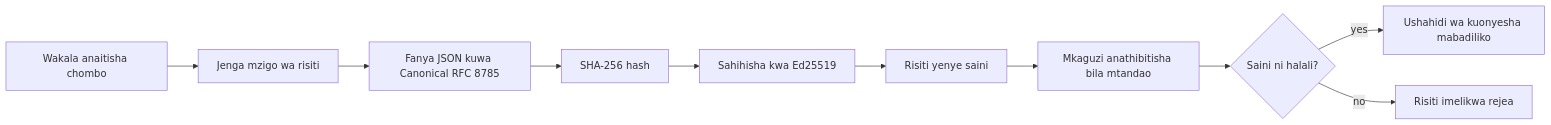
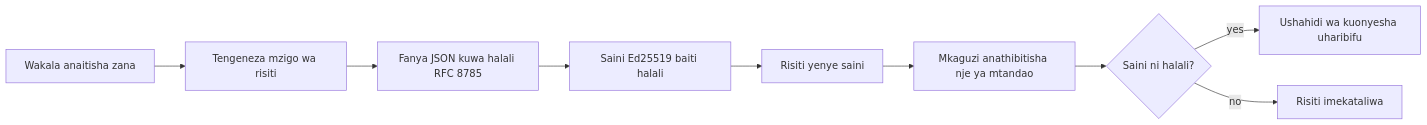
Before and after one commit to gabrielmoreira/agent-skills-mirror: the first of 2 diagrams in mirrors/repos/microsoft@ai-agents-for-beginners/translations/sw/18-securing-ai-agents/README.md, drawn with Mermaid. The commit also changed other lines of this file and 4262 other files, not shown here.

````diff
--- a/mirrors/repos/microsoft@ai-agents-for-beginners/translations/sw/18-securing-ai-agents/README.md
+++ b/mirrors/repos/microsoft@ai-agents-for-beginners/translations/sw/18-securing-ai-agents/README.md
@@ -51,12 +51,11 @@
 ```mermaid
 flowchart LR
-    A[Wakala anaitisha chombo] --> B[Jenga mzigo wa risiti]
-    B --> C[Fanya JSON kuwa Canonical RFC 8785]
-    C --> D[SHA-256 hash]
-    D --> E[Sahihisha kwa Ed25519]
+    A[Wakala anaitisha zana] --> B[Tengeneza mzigo wa risiti]
+    B --> C[Fanya JSON kuwa halali RFC 8785]
+    C --> E[Saini Ed25519 baiti halali]
     E --> F[Risiti yenye saini]
-    F --> G[Mkaguzi anathibitisha bila mtandao]
+    F --> G[Mkaguzi anathibitisha nje ya mtandao]
     G --> H{Saini ni halali?}
-    H -- yes --> I[Ushahidi wa kuonyesha mabadiliko]
-    H -- no --> J[Risiti imelikwa rejea]
+    H -- yes --> I[Ushahidi wa kuonyesha uharibifu]
+    H -- no --> J[Risiti imekataliwa]
 ```
````
